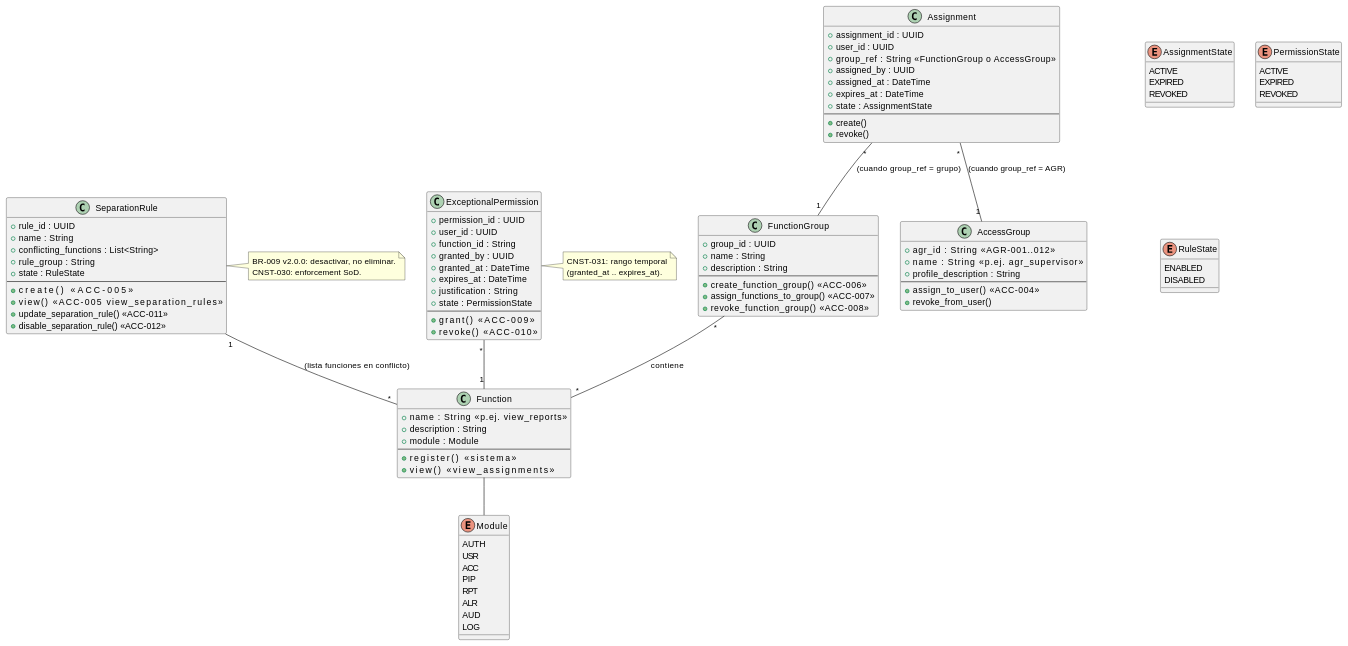
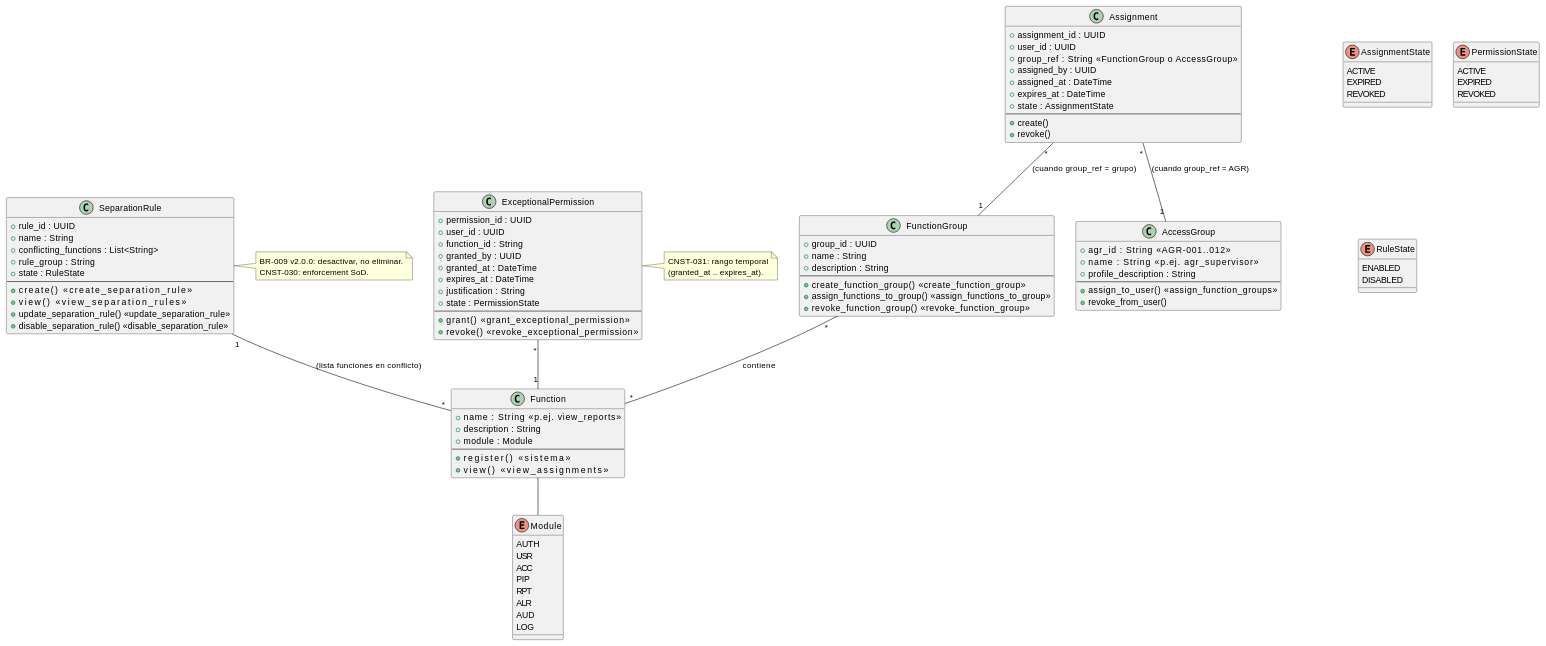
Before and after one commit to jcg-admin/IACT-docs: the diagram in source/arquitectura-tecnica/bounded-contexts/bounded-context-rbac.rst, drawn with PlantUML. The commit also changed 12 other files, not shown here.

```diff
--- a/source/arquitectura-tecnica/bounded-contexts/bounded-context-rbac.rst
+++ b/source/arquitectura-tecnica/bounded-contexts/bounded-context-rbac.rst
@@ -44,9 +44,9 @@
    + name : String
    + description : String
    --
-   + create_function_group()       <<ACC-006>>
-   + assign_functions_to_group()   <<ACC-007>>
-   + revoke_function_group()       <<ACC-008>>
+   + create_function_group()       <<create_function_group>>
+   + assign_functions_to_group()   <<assign_functions_to_group>>
+   + revoke_function_group()       <<revoke_function_group>>
  }
 
  class AccessGroup {
@@ -54,7 +54,7 @@
    + name : String            <<p.ej. agr_supervisor>>
    + profile_description : String
    --
-   + assign_to_user()        <<ACC-004>>
+   + assign_to_user()        <<assign_function_groups>>
    + revoke_from_user()
  }
 
@@ -81,8 +81,8 @@
    + justification : String
    + state : PermissionState
    --
-   + grant()           <<ACC-009>>
-   + revoke()          <<ACC-010>>
+   + grant()           <<grant_exceptional_permission>>
+   + revoke()          <<revoke_exceptional_permission>>
  }
 
  class SeparationRule {
@@ -92,10 +92,10 @@
    + rule_group : String
    + state : RuleState
    --
-   + create()                  <<ACC-005>>
-   + view()                    <<ACC-005 view_separation_rules>>
-   + update_separation_rule()  <<ACC-011>>
-   + disable_separation_rule() <<ACC-012>>
+   + create()                  <<create_separation_rule>>
+   + view()                    <<view_separation_rules>>
+   + update_separation_rule()  <<update_separation_rule>>
+   + disable_separation_rule() <<disable_separation_rule>>
  }
 
  enum Module {
```
